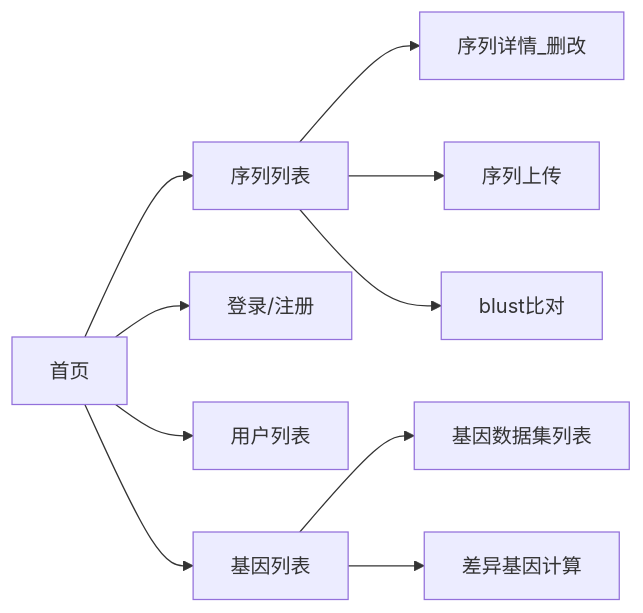
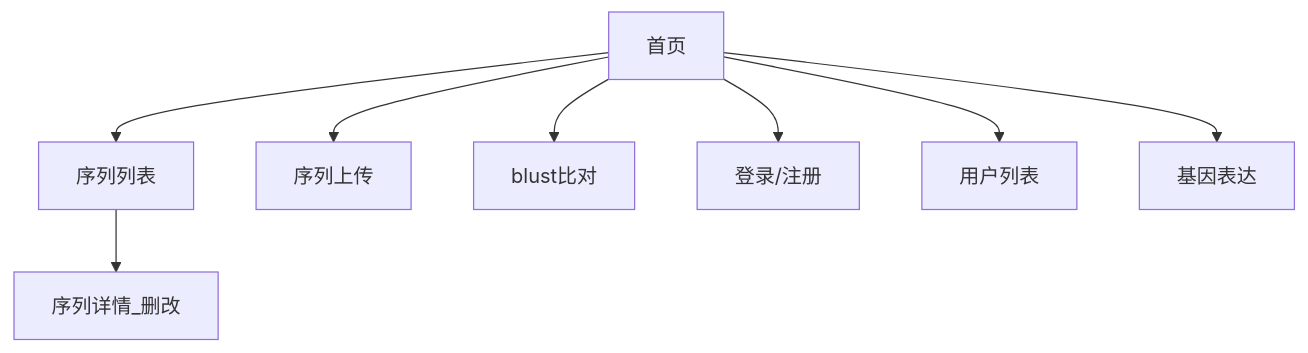
The first of 2 diagrams in docs/docs/design/index.md (zhang-bin-98/hanclass_bioinfor_server), drawn with Mermaid before and after one commit. The commit also changed other lines of this file and 10 other files, not shown here.

````diff
--- a/docs/docs/design/index.md
+++ b/docs/docs/design/index.md
@@ -14,15 +14,13 @@
 ```mermaid
-flowchart LR
+flowchart TD
 
 首页 --> 序列列表
     序列列表 --> 序列详情_删改
-    序列列表 --> 序列上传
-    序列列表 --> blust比对
+首页 --> 序列上传
+首页 --> blust比对
 
 首页 --> 登录/注册
 首页 --> 用户列表
 
-首页 --> 基因列表
-    基因列表 --> 基因数据集列表
-    基因列表 --> 差异基因计算
+首页 --> 基因表达
 ```
````
